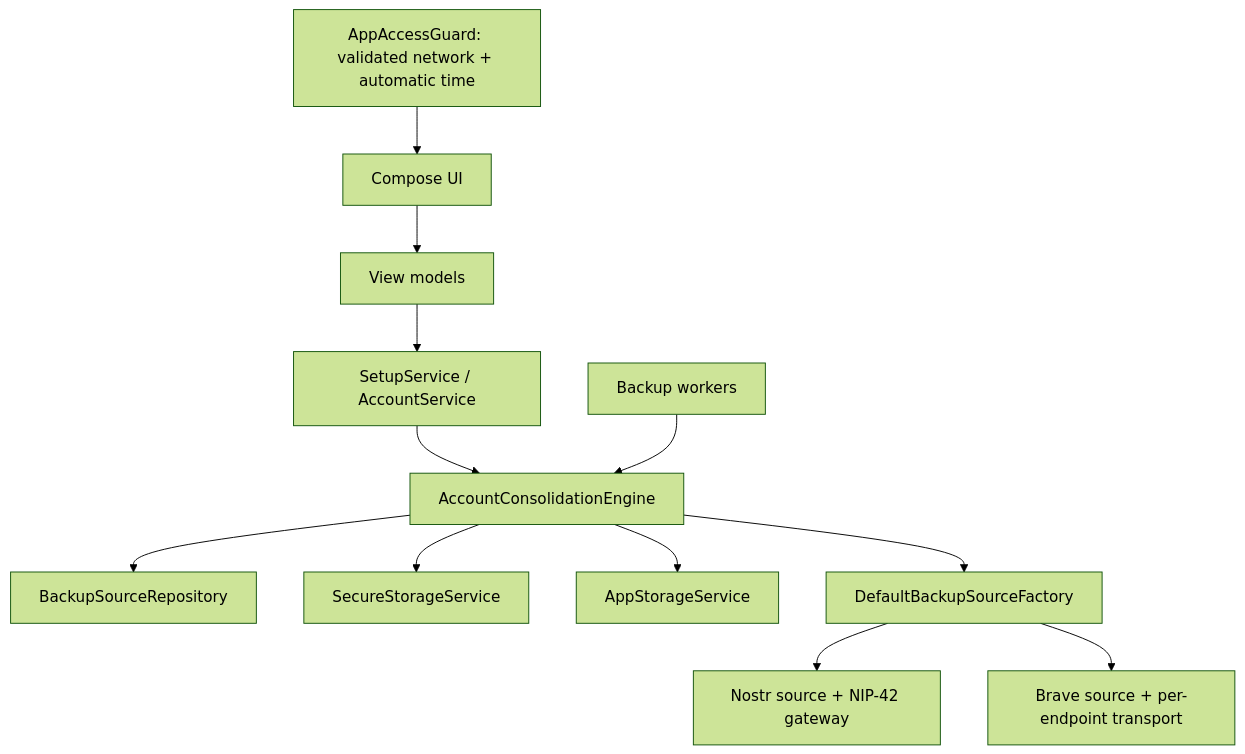
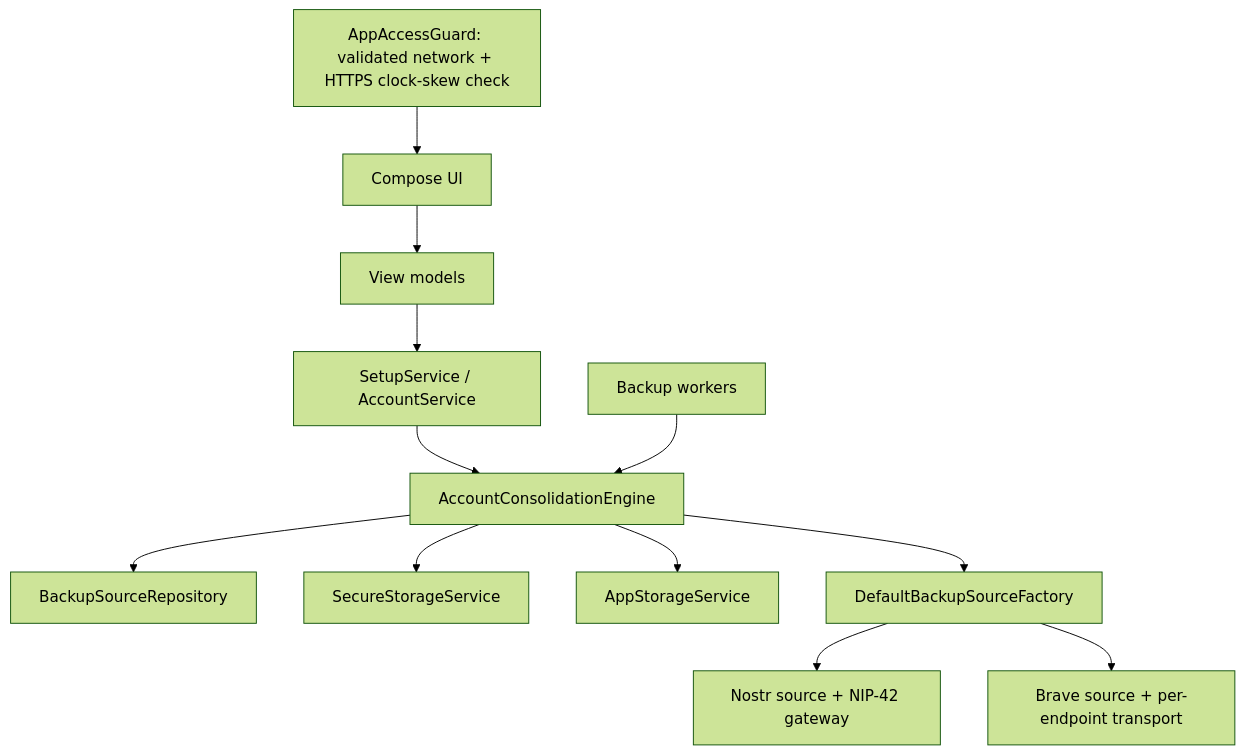
Before and after one commit to ZenTenApp/vault-kotlin: the diagram in docs/technical/architecture.md, drawn with Mermaid (forest theme). The commit also changed other lines of this file and 7 other files, not shown here.

Commit message:
feat: verify vault clock against HTTPS server time

````diff
--- a/docs/technical/architecture.md
+++ b/docs/technical/architecture.md
@@ -23,14 +23,14 @@
 ```mermaid
 flowchart TD
-    Guard[AppAccessGuard: validated network + automatic time] --> UI[Compose UI]
+    Guard[AppAccessGuard: validated network + HTTPS clock-skew check] --> UI[Compose UI]
     UI[Compose UI] --> VM[View models]
     VM --> Setup[SetupService / AccountService]
     Setup --> Engine[AccountConsolidationEngine]
     Workers[Backup workers] --> Engine
     Engine --> Repo[BackupSourceRepository]
     Engine --> Secure[SecureStorageService]
     Engine --> State[AppStorageService]
     Engine --> Factory[DefaultBackupSourceFactory]
     Factory --> Relay[Nostr source + NIP-42 gateway]
     Factory --> Brave[Brave source + per-endpoint transport]
 ```
````
